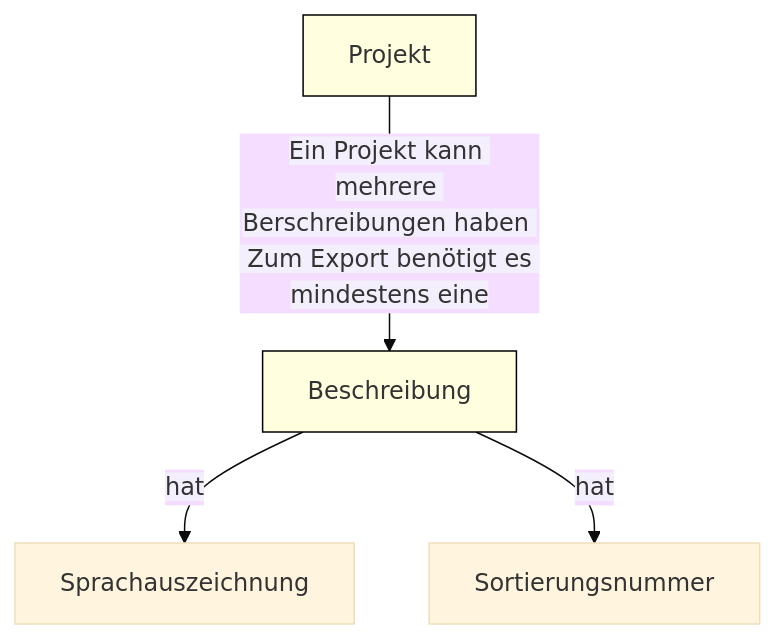
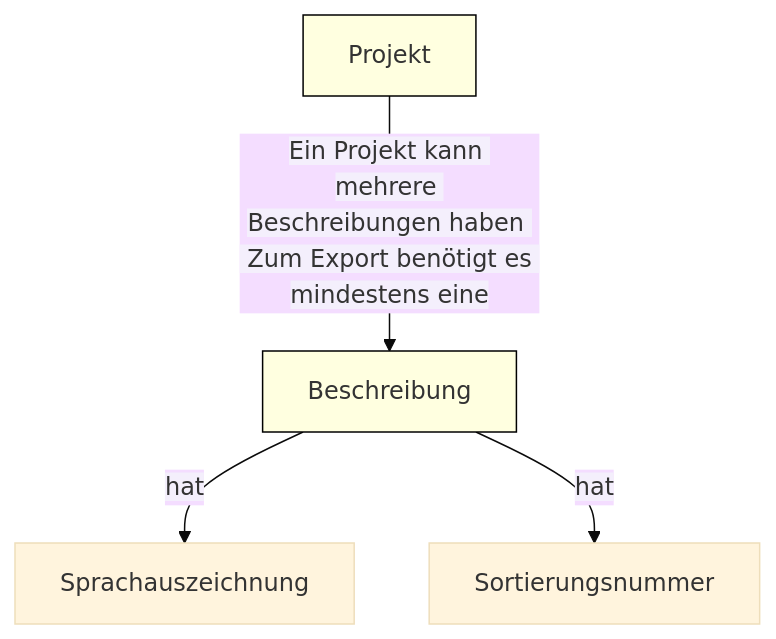
One commit to christiansievers/site-test changed the fourth of 14 diagrams in ressourcen/entitaeten_und_attribute_des_datenmodells.markdown. Above: the diagram before and after it, drawn with Mermaid (base theme). The commit also changed 1 other file, not shown here.

Commit message:
small fixes

```diff
--- a/ressourcen/entitaeten_und_attribute_des_datenmodells.markdown
+++ b/ressourcen/entitaeten_und_attribute_des_datenmodells.markdown
@@ -116,8 +116,8 @@
 <pre class="mermaid">
 flowchart TB;
-    Projekt-- <span style="background-color: #f4effc">Ein Projekt kann mehrere Berschreibungen haben \n Zum Export benötigt es mindestens eine</span>  -->Beschreibung
+    Projekt-- <span style="background-color: #f4effc">Ein Projekt kann mehrere Beschreibungen haben \n Zum Export benötigt es mindestens eine</span>  -->Beschreibung
     Beschreibung-- <span style="background-color: #f4effc">hat</span> --> Sprachauszeichnung
     Beschreibung-- <span style="background-color: #f4effc">hat</span> --> Sortierungsnummer
     style Projekt fill:#FFFFE0, stroke:#000000;
     style Beschreibung fill:#FFFFE0, stroke:#000000;
 </pre>
```
